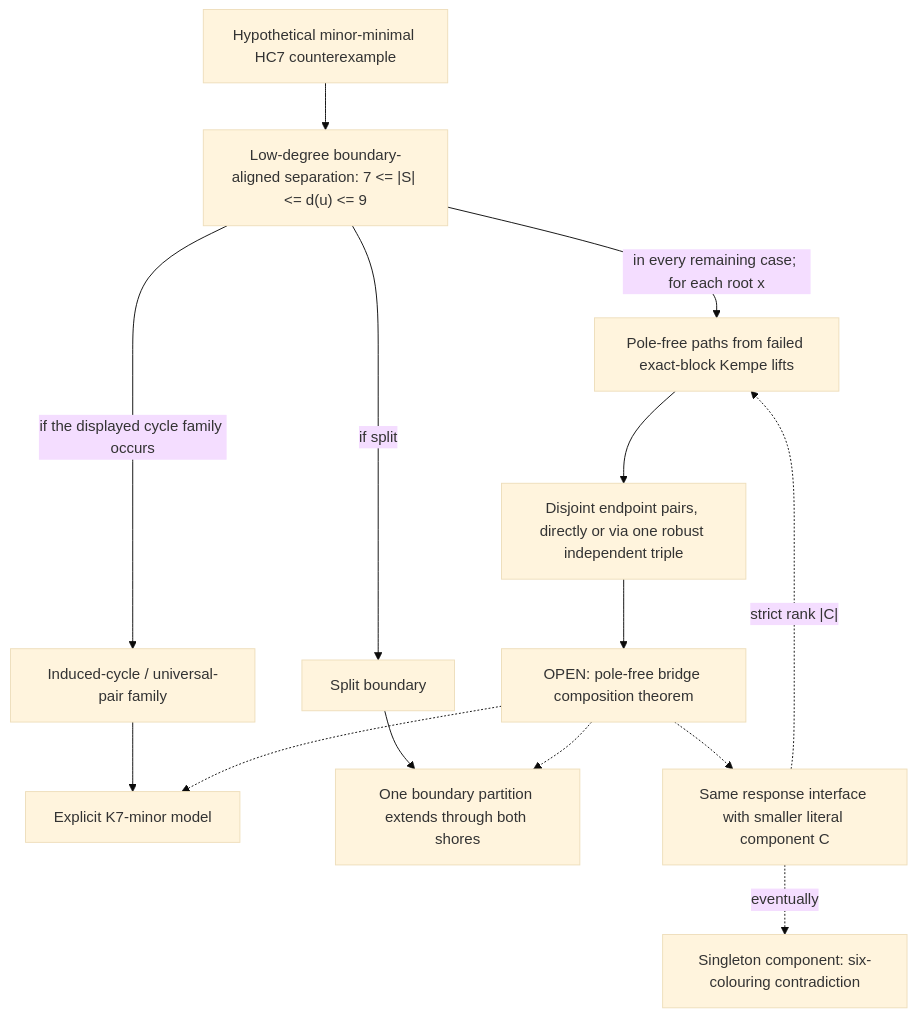
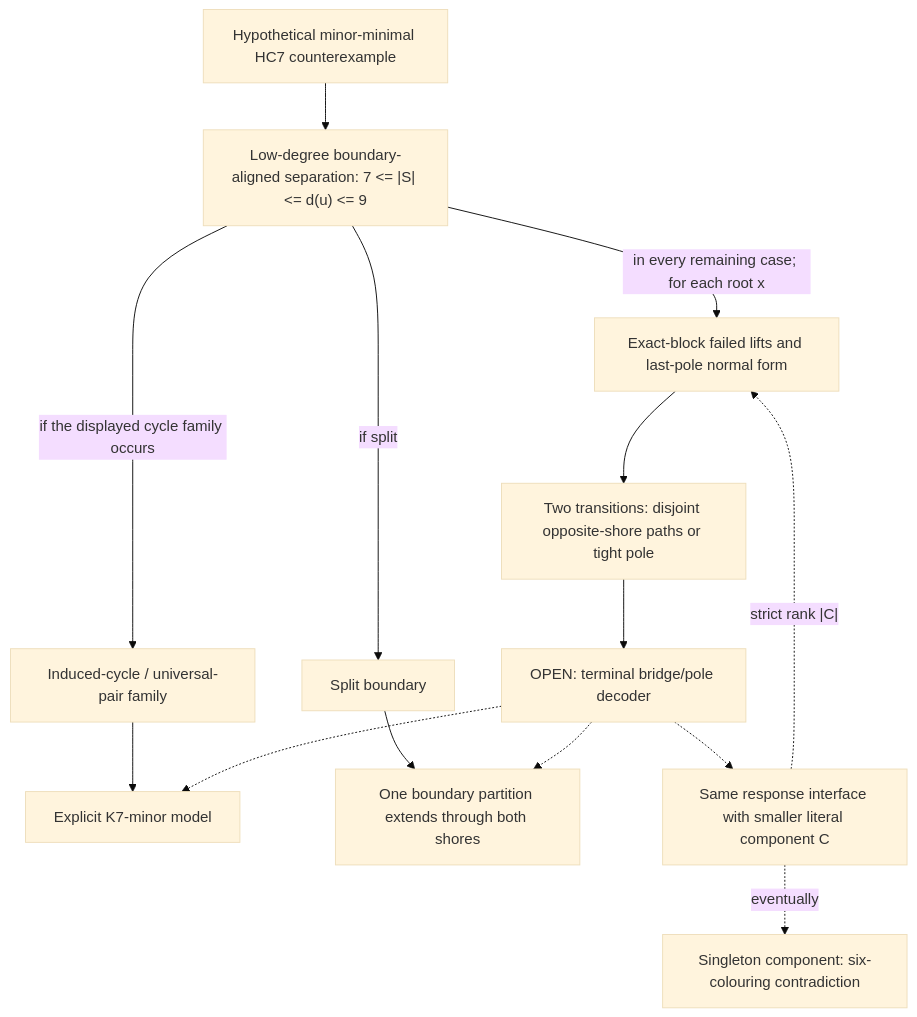
The first of 2 diagrams in active/hc7_live_case_dag.md (cavit99/hadwiger-hc7), drawn with Mermaid (base theme) before and after one commit. The commit also changed other lines of this file and 4 other files, not shown here.

Commit message:
docs: focus frontier on terminal bridge decoder

````diff
--- a/active/hc7_live_case_dag.md
+++ b/active/hc7_live_case_dag.md
@@ -42,26 +42,26 @@
 ```mermaid
 flowchart TD
   G0["Hypothetical minor-minimal HC7 counterexample"]
   E["Low-degree boundary-aligned separation: 7 <= |S| <= d(u) <= 9"]
   SP["Split boundary"]
   CY["Induced-cycle / universal-pair family"]
-  KP["Pole-free paths from failed exact-block Kempe lifts"]
-  EP["Disjoint endpoint pairs, directly or via one robust independent triple"]
-  M["OPEN: pole-free bridge composition theorem"]
+  KP["Exact-block failed lifts and last-pole normal form"]
+  TT["Two transitions: disjoint opposite-shore paths or tight pole"]
+  M["OPEN: terminal bridge/pole decoder"]
   K7["Explicit K7-minor model"]
   CP["One boundary partition extends through both shores"]
   R["Same response interface with smaller literal component C"]
   ONE["Singleton component: six-colouring contradiction"]
 
   G0 --> E
   E -->|"if split"| SP --> CP
   E -->|"if the displayed cycle family occurs"| CY --> K7
   E -->|"in every remaining case; for each root x"| KP
-  KP --> EP
-  EP --> M
+  KP --> TT
+  TT --> M
   M -.-> K7
   M -.-> CP
   M -.-> R
   R -.->|"strict rank |C|"| KP
   R -.->|"eventually"| ONE
 ```
````
